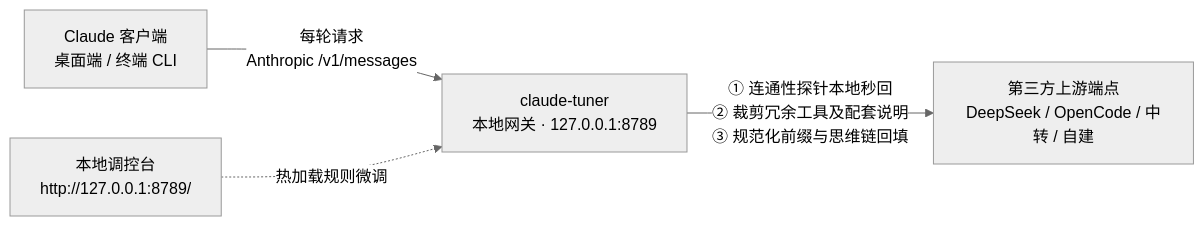
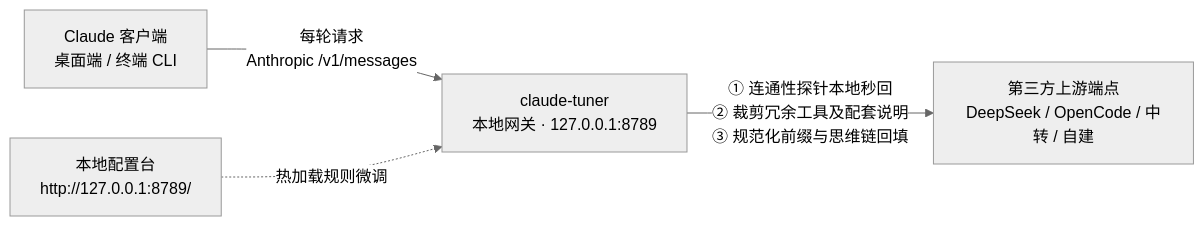
One commit to ls-open/claude-tuner changed the diagram in README.md. Above: the diagram before and after it, drawn with Mermaid (neutral theme). The commit also changed other lines of this file and 6 other files, not shown here.

````diff
--- a/README.md
+++ b/README.md
@@ -65,6 +65,6 @@
 ```mermaid
 flowchart LR
     C["Claude 客户端<br/>桌面端 / 终端 CLI"] -->|"每轮请求<br/>Anthropic /v1/messages"| G["claude-tuner<br/>本地网关 · 127.0.0.1:8789"]
     G -->|"① 连通性探针本地秒回<br/>② 裁剪冗余工具及配套说明<br/>③ 规范化前缀与思维链回填"| U["第三方上游端点<br/>DeepSeek / OpenCode / 中转 / 自建"]
-    W["本地调控台<br/>http://127.0.0.1:8789/"] -.->|"热加载规则微调"| G
+    W["本地配置台<br/>http://127.0.0.1:8789/"] -.->|"热加载规则微调"| G
 ```
````
